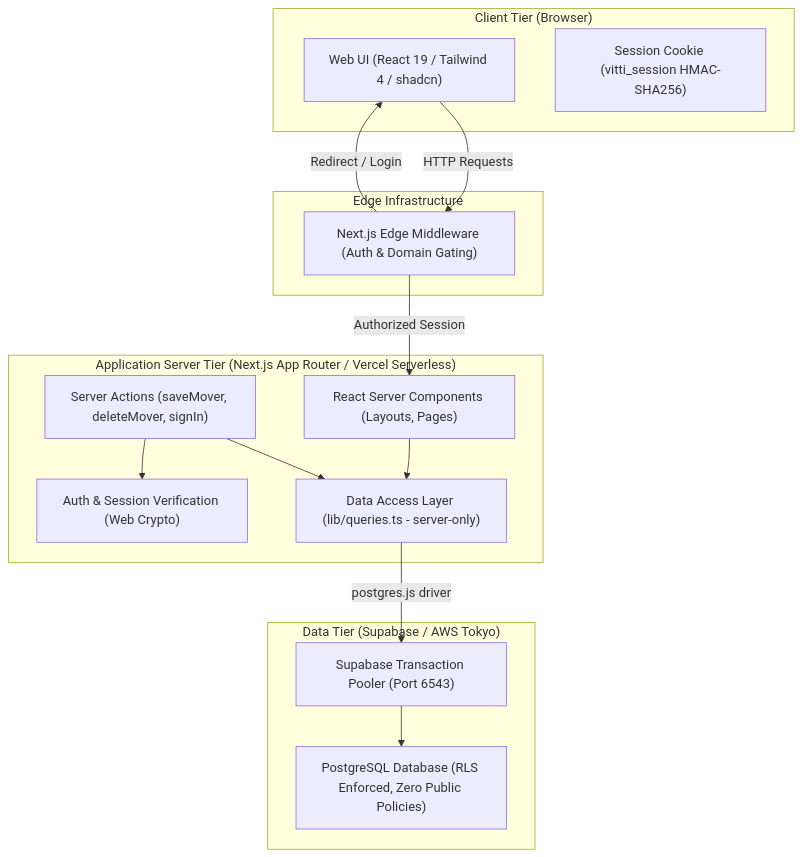
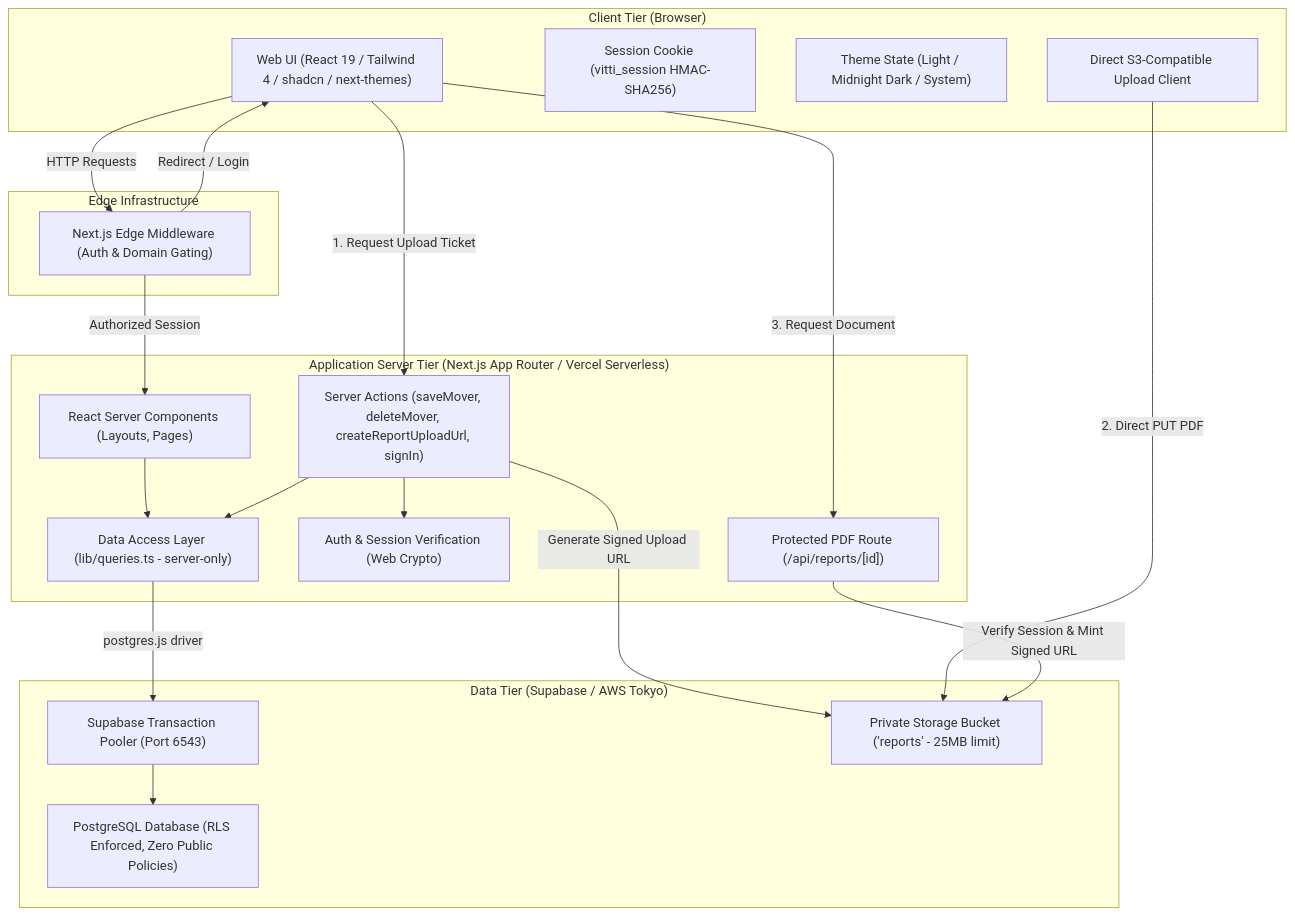
One commit to Vitti-Capital-Tech/daily-movers-dashboard changed the first of 3 diagrams in docs/HLD.md. Above: the diagram before and after it, drawn with Mermaid. The commit also changed other lines of this file and 2 other files, not shown here.

````diff
--- a/docs/HLD.md
+++ b/docs/HLD.md
@@ -34,32 +37,43 @@
 ```mermaid
 graph TD
     subgraph Client["Client Tier (Browser)"]
-        UI["Web UI (React 19 / Tailwind 4 / shadcn)"]
+        UI["Web UI (React 19 / Tailwind 4 / shadcn / next-themes)"]
         Cookie["Session Cookie (vitti_session HMAC-SHA256)"]
+        Theme["Theme State (Light / Midnight Dark / System)"]
+        Uploader["Direct S3-Compatible Upload Client"]
     end
 
     subgraph Edge["Edge Infrastructure"]
         MW["Next.js Edge Middleware (Auth & Domain Gating)"]
     end
 
     subgraph Server["Application Server Tier (Next.js App Router / Vercel Serverless)"]
         RSC["React Server Components (Layouts, Pages)"]
-        SA["Server Actions (saveMover, deleteMover, signIn)"]
+        SA["Server Actions (saveMover, deleteMover, createReportUploadUrl, signIn)"]
+        PDFRoute["Protected PDF Route (/api/reports/[id])"]
         AuthLayer["Auth & Session Verification (Web Crypto)"]
         QueryLayer["Data Access Layer (lib/queries.ts - server-only)"]
     end
 
     subgraph Database["Data Tier (Supabase / AWS Tokyo)"]
         Pooler["Supabase Transaction Pooler (Port 6543)"]
         Postgres["PostgreSQL Database (RLS Enforced, Zero Public Policies)"]
+        Storage["Private Storage Bucket ('reports' - 25MB limit)"]
     end
 
     UI -->|HTTP Requests| MW
     MW -->|Authorized Session| RSC
     MW -->|Redirect / Login| UI
     RSC --> QueryLayer
     SA --> AuthLayer
     SA --> QueryLayer
     QueryLayer -->|postgres.js driver| Pooler
     Pooler --> Postgres
+
+    %% Upload and Download flows
+    UI -->|1. Request Upload Ticket| SA
+    SA -->|Generate Signed Upload URL| Storage
+    Uploader -->|2. Direct PUT PDF| Storage
+    UI -->|3. Request Document| PDFRoute
+    PDFRoute -->|Verify Session & Mint Signed URL| Storage
 ```
````
